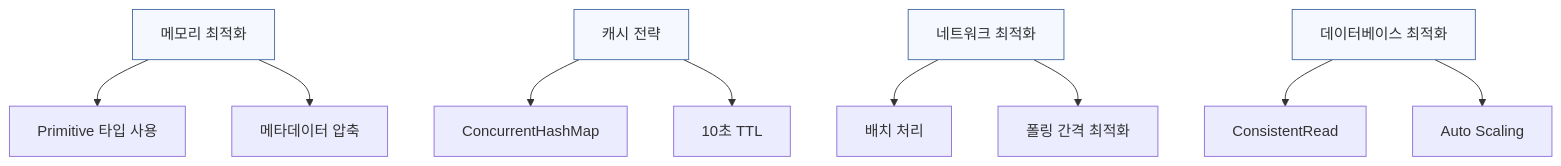
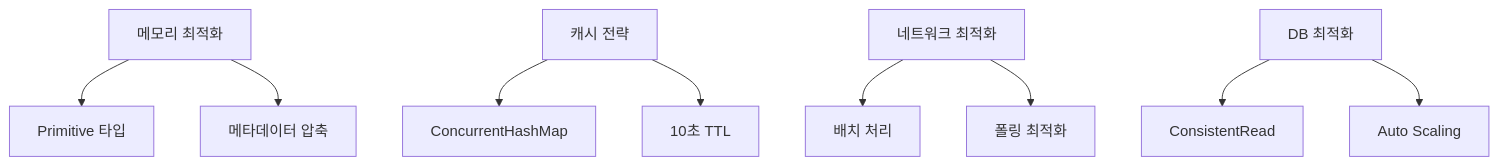
Before and after one commit to yeokyeong-yoon/yeokyeong-yoon.github.io: the third of 7 diagrams in _posts/2025-03-15-feature-flag-system.md, drawn with Mermaid. The commit also changed other lines of this file, not shown here.

Commit message:
docs: further simplify mermaid diagrams to fix rendering errors

````diff
--- a/_posts/2025-03-15-feature-flag-system.md
+++ b/_posts/2025-03-15-feature-flag-system.md
@@ -621,21 +621,11 @@
 ```mermaid
 graph TD
-    A[메모리 최적화]
-    B[캐시 전략]
-    C[네트워크 최적화]
-    D[데이터베이스 최적화]
-    
-    A --> A1[Primitive 타입 사용]
+    A[메모리 최적화] --> A1[Primitive 타입]
     A --> A2[메타데이터 압축]
-    B --> B1[ConcurrentHashMap]
+    B[캐시 전략] --> B1[ConcurrentHashMap]
     B --> B2[10초 TTL]
-    C --> C1[배치 처리]
-    C --> C2[폴링 간격 최적화]
-    D --> D1[ConsistentRead]
+    C[네트워크 최적화] --> C1[배치 처리]
+    C --> C2[폴링 최적화]
+    D[DB 최적화] --> D1[ConsistentRead]
     D --> D2[Auto Scaling]
-
-    style A fill:#f5f9ff,stroke:#4a6da7
-    style B fill:#f5f9ff,stroke:#4a6da7
-    style C fill:#f5f9ff,stroke:#4a6da7
-    style D fill:#f5f9ff,stroke:#4a6da7
 ```
````
